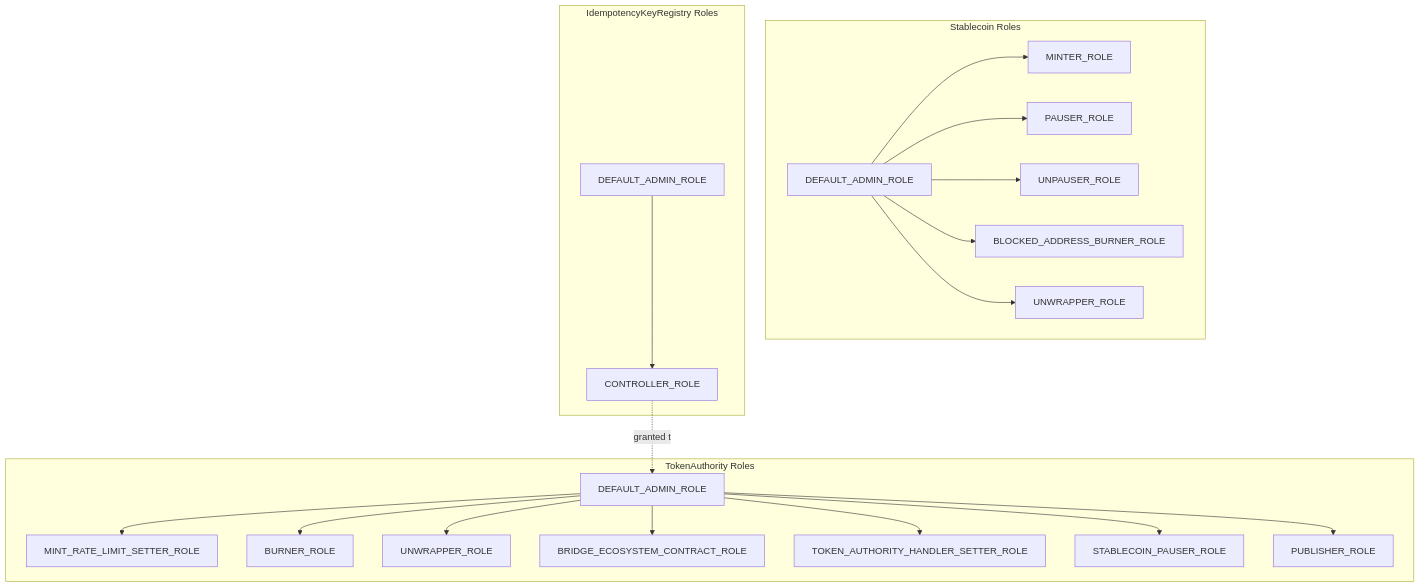
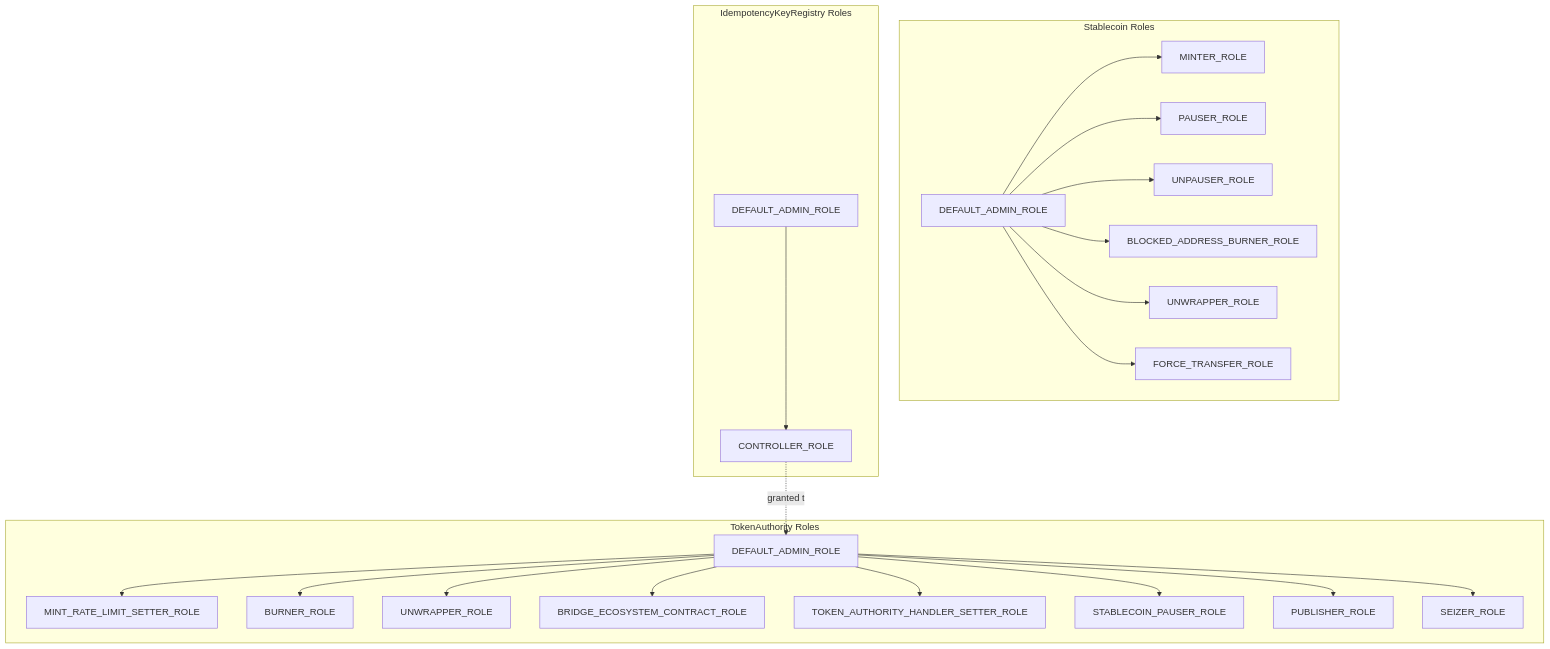
Before and after one commit to withbridge/erc20-stablecoin-template: the first of 4 diagrams in docs/ACCESS_CONTROL.md, drawn with Mermaid. The commit also changed other lines of this file and 26 other files, not shown here.

First line of the commit message:
feat: seize from frozen holders via TokenAuthority seize handlers, V3 forceTransfer, and TIP20Controller

````diff
--- a/docs/ACCESS_CONTROL.md
+++ b/docs/ACCESS_CONTROL.md
@@ -5,44 +5,48 @@
 ```mermaid
 graph TB
     subgraph "Stablecoin Roles"
         DA[DEFAULT_ADMIN_ROLE]
         M[MINTER_ROLE]
         P[PAUSER_ROLE]
         UP[UNPAUSER_ROLE]
         BAB[BLOCKED_ADDRESS_BURNER_ROLE]
         UW[UNWRAPPER_ROLE]
+        FT[FORCE_TRANSFER_ROLE]
     end
 
     subgraph "TokenAuthority Roles"
         TA_DA[DEFAULT_ADMIN_ROLE]
         MRLS[MINT_RATE_LIMIT_SETTER_ROLE]
         B[BURNER_ROLE]
         TA_UW[UNWRAPPER_ROLE]
         BEC[BRIDGE_ECOSYSTEM_CONTRACT_ROLE]
         THS[TOKEN_AUTHORITY_HANDLER_SETTER_ROLE]
         SP[STABLECOIN_PAUSER_ROLE]
         PUB[PUBLISHER_ROLE]
+        SZ[SEIZER_ROLE]
     end
 
     subgraph "IdempotencyKeyRegistry Roles"
         MIR_DA[DEFAULT_ADMIN_ROLE]
         CR[CONTROLLER_ROLE]
     end
 
     DA --> M
     DA --> P
     DA --> UP
     DA --> BAB
     DA --> UW
+    DA --> FT
 
     TA_DA --> MRLS
     TA_DA --> B
     TA_DA --> TA_UW
     TA_DA --> BEC
     TA_DA --> THS
     TA_DA --> SP
     TA_DA --> PUB
+    TA_DA --> SZ
 
     MIR_DA --> CR
     CR -.granted to.-> TA_DA
 ```
````
